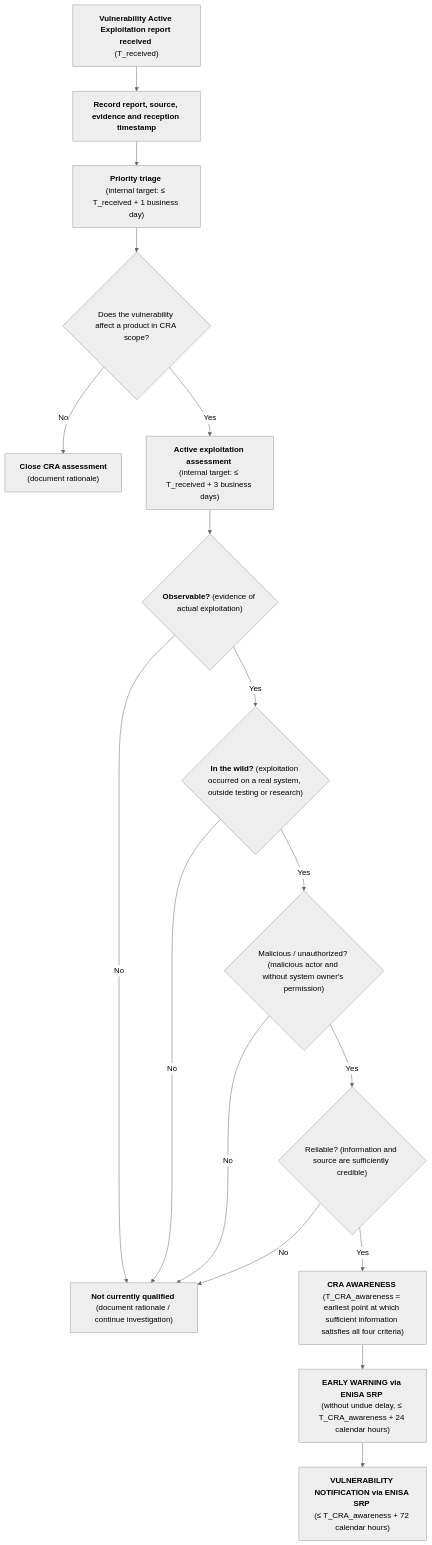
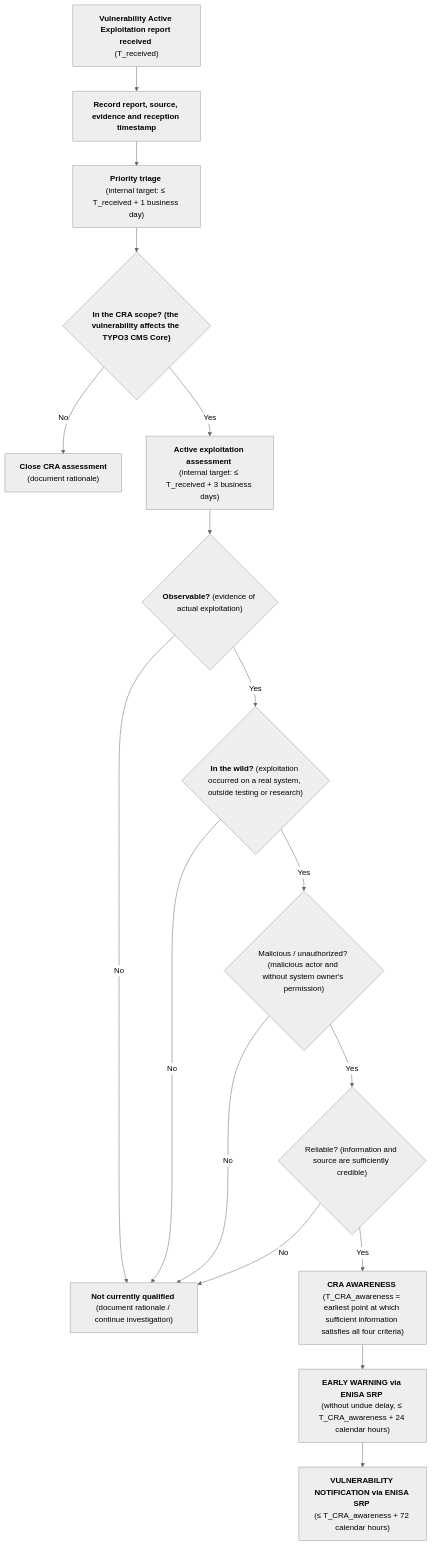
Before and after one commit to rfoucard/cra-fast-track: the diagram in templates/actively-exploited-vulnerability-process.md, drawn with Mermaid (neutral theme).

````diff
--- a/templates/actively-exploited-vulnerability-process.md
+++ b/templates/actively-exploited-vulnerability-process.md
@@ -15,31 +15,31 @@
 ```mermaid
 flowchart TD
 
     A["<strong>Vulnerability Active Exploitation report received</strong> \n(T_received)"] --> B["<strong>Record report, source, evidence and reception timestamp</strong>"]
 
     B --> C["<strong>Priority triage</strong> \n(internal target: ≤ T_received + 1 business day)"]
 
-    C --> D{"Does the vulnerability affect a product in CRA scope?"}
+    C --> D{"<strong>In the CRA scope?<strong> (the vulnerability affects the TYPO3 CMS Core)"}
 
     D -- "No" --> X["<strong>Close CRA assessment</strong> \n(document rationale)"]
 
     D -- "Yes" --> E["<strong>Active exploitation assessment</strong> \n(internal target: ≤ T_received + 3 business days)"]
 
     E --> F{"<strong>Observable?</strong> (evidence of actual exploitation)"}
 
     F -- "No" --> Y["<strong>Not currently qualified</strong> (document rationale / continue investigation)"]
     F -- "Yes" --> G{"<strong>In the wild?</strong> (exploitation occurred on a real system, outside testing or research)"}
 
     G -- "No" --> Y
     G -- "Yes" --> H{"Malicious / unauthorized? (malicious actor and without system owner's permission)"}
 
     H -- "No" --> Y
     H -- "Yes" --> I{"Reliable? (information and source are sufficiently credible)"}
 
     I -- "No" --> Y
     I -- "Yes" --> L["<strong>CRA AWARENESS</strong> \n(T_CRA_awareness = earliest point at which sufficient information satisfies all four criteria)"]
 
     L --> M["<strong>EARLY WARNING via ENISA SRP</strong> \n(without undue delay, ≤ T_CRA_awareness + 24 calendar hours)"]
 
     M --> N["<strong>VULNERABILITY NOTIFICATION via ENISA SRP</strong> \n(≤ T_CRA_awareness + 72 calendar hours)"]
 ```
````
